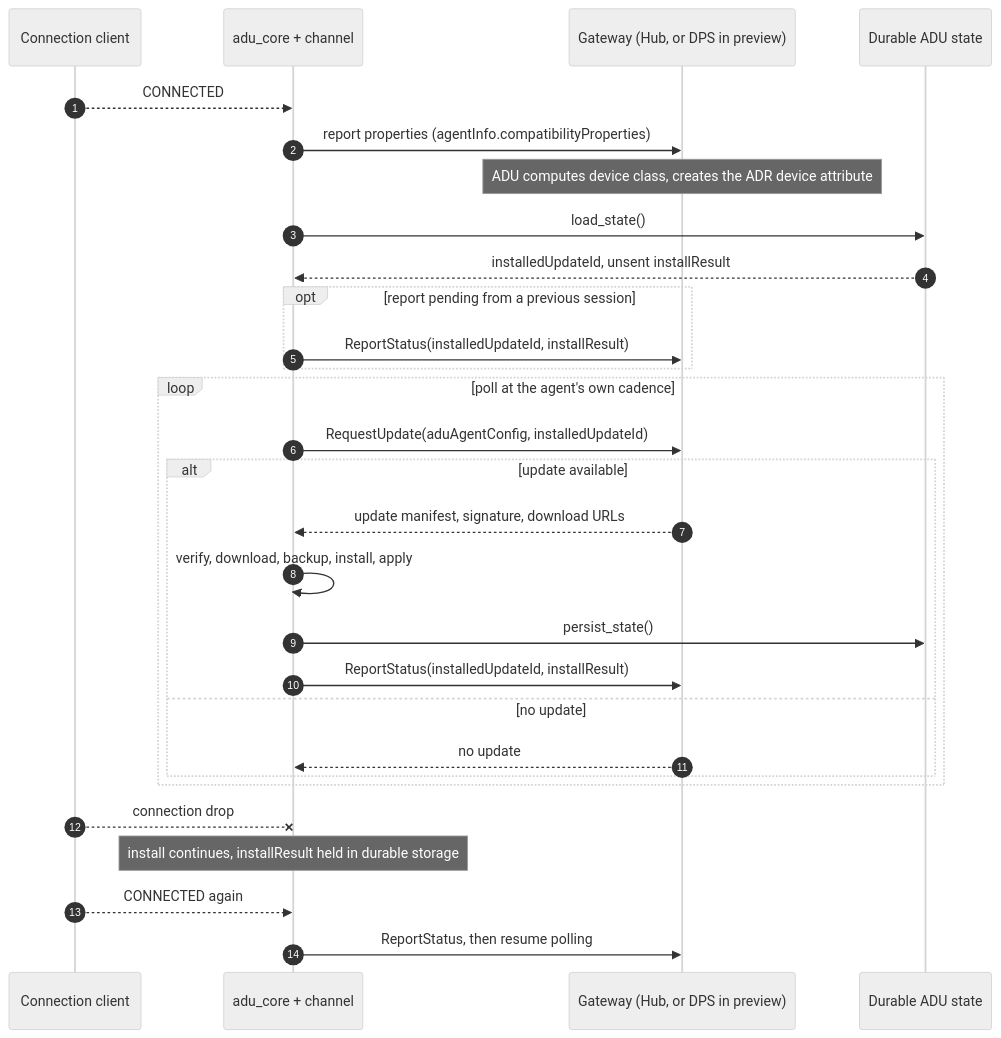
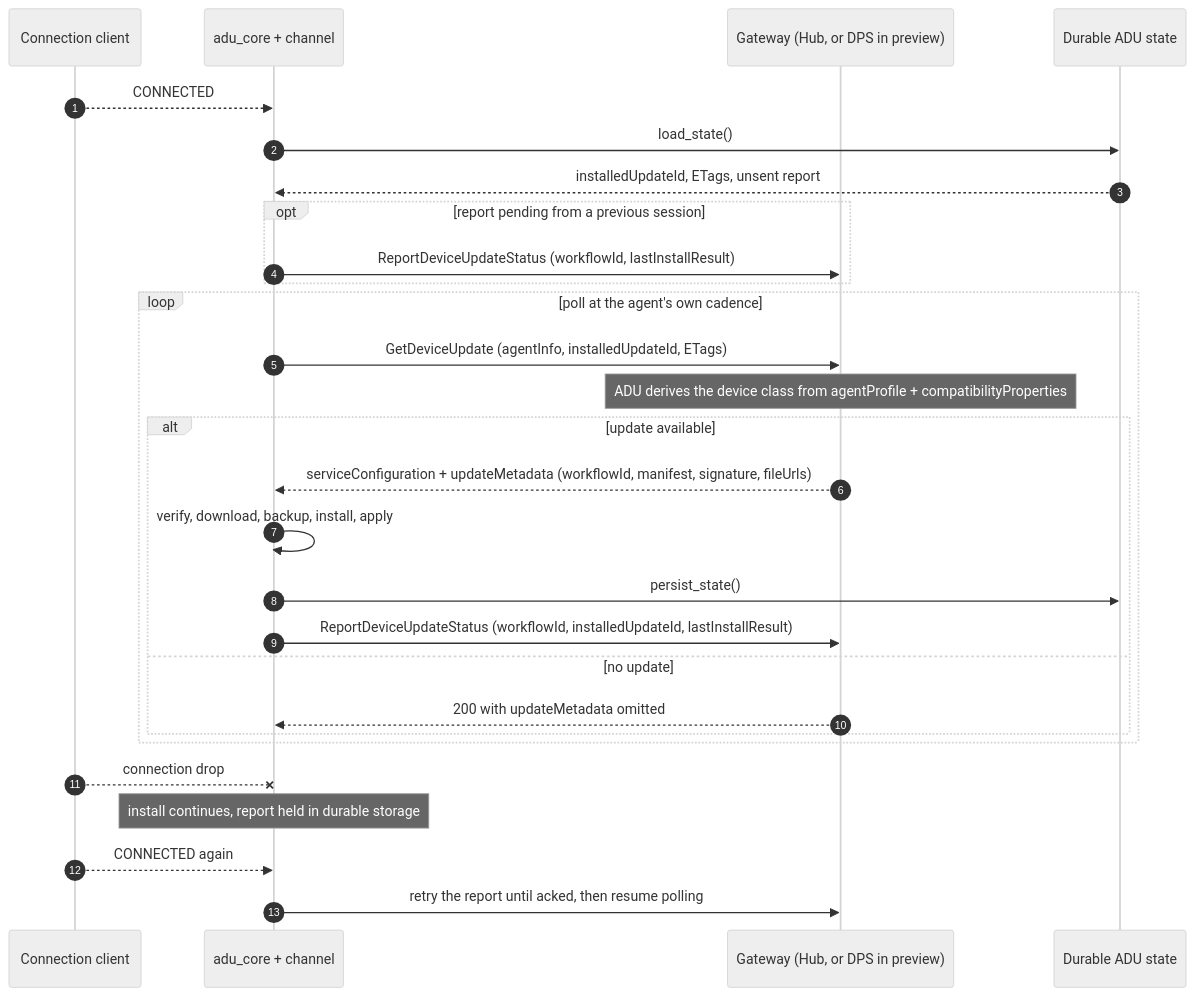
Before and after one commit to Azure/azure-iot-sdk: the eighth of 9 diagrams in c/docs/connection.md, drawn with Mermaid (neutral theme). The commit also changed other lines of this file, not shown here.

First line of the commit message:
Correct ADUv2 details against the DPS device-update spec

````diff
--- a/c/docs/connection.md
+++ b/c/docs/connection.md
@@ -414,34 +427,33 @@
 ```mermaid
 sequenceDiagram
     autonumber
     participant Conn as Connection client
     participant ADU as adu_core + channel
     participant GW as Gateway (Hub, or DPS in preview)
     participant Store as Durable ADU state
 
     Conn-->>ADU: CONNECTED
-    ADU->>GW: report properties (agentInfo.compatibilityProperties)
-    Note over GW: ADU computes device class, creates the ADR device attribute
     ADU->>Store: load_state()
-    Store-->>ADU: installedUpdateId, unsent installResult
+    Store-->>ADU: installedUpdateId, ETags, unsent report
     opt report pending from a previous session
-        ADU->>GW: ReportStatus(installedUpdateId, installResult)
+        ADU->>GW: ReportDeviceUpdateStatus (workflowId, lastInstallResult)
     end
 
     loop poll at the agent's own cadence
-        ADU->>GW: RequestUpdate(aduAgentConfig, installedUpdateId)
+        ADU->>GW: GetDeviceUpdate (agentInfo, installedUpdateId, ETags)
+        Note over GW: ADU derives the device class from agentProfile + compatibilityProperties
         alt update available
-            GW-->>ADU: update manifest, signature, download URLs
+            GW-->>ADU: serviceConfiguration + updateMetadata (workflowId, manifest, signature, fileUrls)
             ADU->>ADU: verify, download, backup, install, apply
             ADU->>Store: persist_state()
-            ADU->>GW: ReportStatus(installedUpdateId, installResult)
+            ADU->>GW: ReportDeviceUpdateStatus (workflowId, installedUpdateId, lastInstallResult)
         else no update
-            GW-->>ADU: no update
+            GW-->>ADU: 200 with updateMetadata omitted
         end
     end
 
     Conn--xADU: connection drop
-    Note over ADU: install continues, installResult held in durable storage
+    Note over ADU: install continues, report held in durable storage
     Conn-->>ADU: CONNECTED again
-    ADU->>GW: ReportStatus, then resume polling
+    ADU->>GW: retry the report until acked, then resume polling
 ```
````
